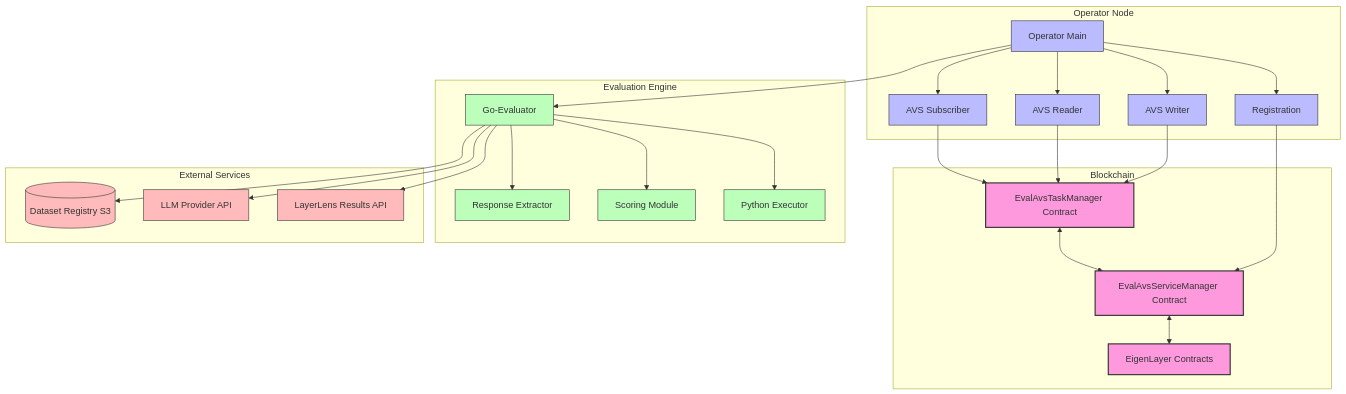
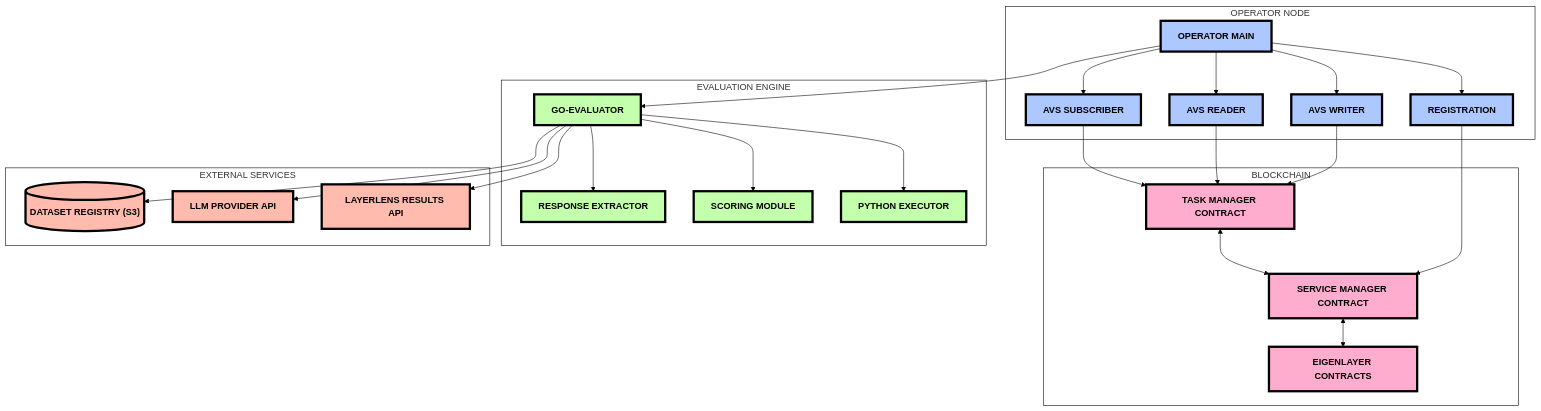
The fourth of 4 diagrams in evaluation-avs-sequence-diagram.md (k-g-j/ll-sequence-diagrams), drawn with Mermaid before and after one commit. The commit also changed 2 other files, not shown here.

Commit message:
Improve diagram text readability in markdown files with bold text and ALL CAPS

````diff
--- a/evaluation-avs-sequence-diagram.md
+++ b/evaluation-avs-sequence-diagram.md
@@ -143,62 +143,65 @@
 ```mermaid
+%%{init: { 'theme': 'neutral', 'fontFamily': 'Arial', 'fontSize': 16, 'fontWeight': 900, 'themeVariables': { 'background': '#ffffff', 'primaryColor': '#ffadce', 'primaryTextColor': '#000000', 'primaryBorderColor': '#000000', 'lineColor': '#000000', 'secondaryColor': '#adc8ff', 'secondaryTextColor': '#000000', 'secondaryBorderColor': '#000000', 'tertiaryColor': '#c4ffad', 'tertiaryTextColor': '#000000', 'tertiaryBorderColor': '#000000', 'noteTextColor': '#000000', 'nodeBorder': '#000000', 'mainBkg': '#ffffff', 'nodeTextColor': '#000000', 'labelTextColor': '#000000', 'clusterBkg': '#ffffff', 'clusterBorder': '#000000', 'edgeLabelBackground': '#ffffff' } } }%%
 flowchart TB
-    subgraph Blockchain
-        TaskManager[EvalAvsTaskManager Contract]
-        ServiceManager[EvalAvsServiceManager Contract]
-        EigenLayer[EigenLayer Contracts]
+    subgraph Blockchain["BLOCKCHAIN"]
+        TaskManager["TASK MANAGER CONTRACT"]
+        ServiceManager["SERVICE MANAGER CONTRACT"]
+        EigenLayer["EIGENLAYER CONTRACTS"]
     end
     
-    subgraph "Operator Node"
-        OpMain[Operator Main]
-        AvsReader[AVS Reader]
-        AvsWriter[AVS Writer]
-        AvsSubscriber[AVS Subscriber]
-        Registration[Registration]
+    subgraph OperatorNode["OPERATOR NODE"]
+        OpMain["OPERATOR MAIN"]
+        AvsReader["AVS READER"]
+        AvsWriter["AVS WRITER"]
+        AvsSubscriber["AVS SUBSCRIBER"]
+        Registration["REGISTRATION"]
     end
     
-    subgraph "Evaluation Engine"
-        GoEval[Go-Evaluator]
-        Extractor[Response Extractor]
-        Scoring[Scoring Module]
-        PythonExec[Python Executor]
+    subgraph EvalEngine["EVALUATION ENGINE"]
+        GoEval["GO-EVALUATOR"]
+        Extractor["RESPONSE EXTRACTOR"]
+        Scoring["SCORING MODULE"]
+        PythonExec["PYTHON EXECUTOR"]
     end
     
-    subgraph "External Services"
-        S3[(Dataset Registry S3)]
-        LLMAPI[LLM Provider API]
-        Results[LayerLens Results API]
+    subgraph ExternalServices["EXTERNAL SERVICES"]
+        S3[("DATASET REGISTRY (S3)")]
+        LLMAPI["LLM PROVIDER API"]
+        Results["LAYERLENS RESULTS API"]
     end
     
-    %% Connections
+    %% Connections with thicker lines
     TaskManager <--> ServiceManager
     ServiceManager <--> EigenLayer
     
     OpMain --> Registration
     Registration --> ServiceManager
     OpMain --> AvsSubscriber
     AvsSubscriber --> TaskManager
     OpMain --> AvsReader
     AvsReader --> TaskManager
     OpMain --> AvsWriter
     AvsWriter --> TaskManager
     
     OpMain --> GoEval
     GoEval --> Extractor
     GoEval --> Scoring
     GoEval --> PythonExec
     
     GoEval --> S3
     GoEval --> LLMAPI
     GoEval --> Results
     
-    %% Classification styling
-    classDef blockchain fill:#f9d,stroke:#333,stroke-width:2px
-    classDef operator fill:#bbf,stroke:#333,stroke-width:1px
-    classDef evaluator fill:#bfb,stroke:#333,stroke-width:1px
-    classDef external fill:#fbb,stroke:#333,stroke-width:1px
+    %% Classification styling with darker colors and thicker borders
+    classDef blockchain fill:#ffadce,stroke:#000000,stroke-width:4px,color:#000000,font-weight:900,text-transform:uppercase
+    classDef operator fill:#adc8ff,stroke:#000000,stroke-width:4px,color:#000000,font-weight:900,text-transform:uppercase
+    classDef evaluator fill:#c4ffad,stroke:#000000,stroke-width:4px,color:#000000,font-weight:900,text-transform:uppercase
+    classDef external fill:#ffbbad,stroke:#000000,stroke-width:4px,color:#000000,font-weight:900,text-transform:uppercase
     
     class TaskManager,ServiceManager,EigenLayer blockchain
     class OpMain,AvsReader,AvsWriter,AvsSubscriber,Registration operator
     class GoEval,Extractor,Scoring,PythonExec evaluator
     class S3,LLMAPI,Results external
+    
+    class Blockchain,OperatorNode,EvalEngine,ExternalServices darkText
 ```
````
